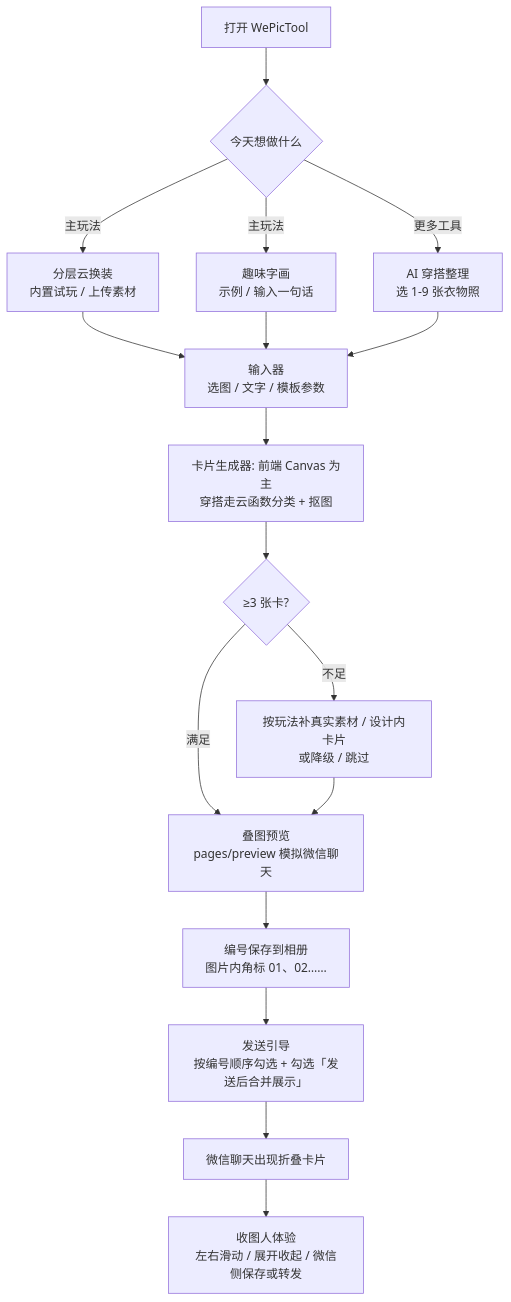
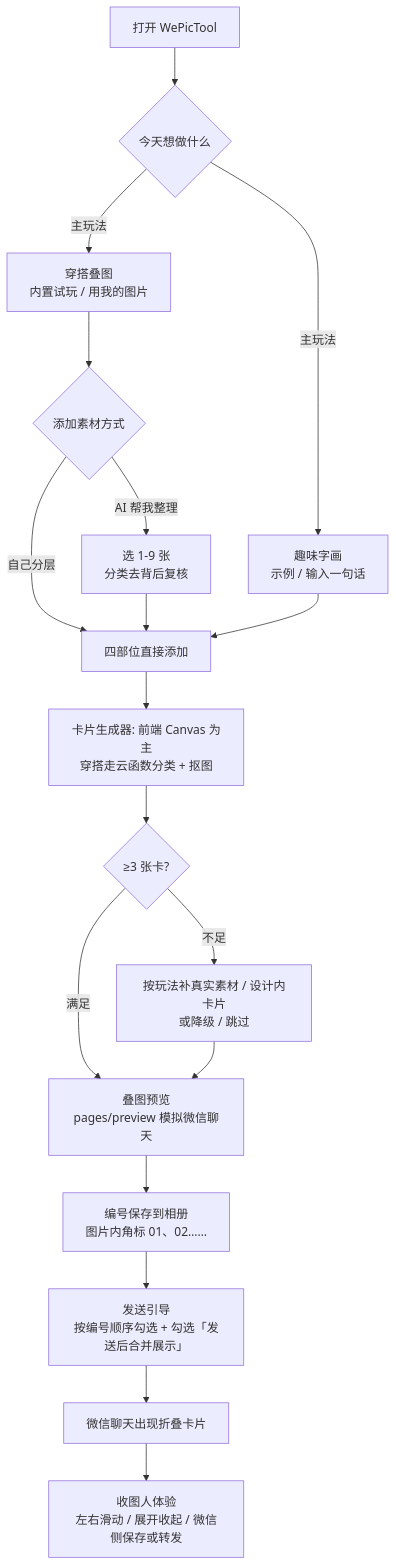
The diagram in docs/product/PLAYBOOK.md (Yiyang0659/WePicTool), drawn with Mermaid before and after one commit. The commit also changed other lines of this file and 25 other files, not shown here.

Commit message:
unify outfit stack creation flow

````diff
--- a/docs/product/PLAYBOOK.md
+++ b/docs/product/PLAYBOOK.md
@@ -75,19 +75,20 @@
 ```mermaid
 flowchart TD
     A[打开 WePicTool] --> B{今天想做什么}
-    B -->|主玩法| C[分层云换装<br/>内置试玩 / 上传素材]
+    B -->|主玩法| C[穿搭叠图<br/>内置试玩 / 用我的图片]
     B -->|主玩法| D[趣味字画<br/>示例 / 输入一句话]
-    B -->|更多工具| E[AI 穿搭整理<br/>选 1-9 张衣物照]
-    C --> F[输入器<br/>选图 / 文字 / 模板参数]
+    C --> E{添加素材方式}
+    E -->|自己分层| F[四部位直接添加]
+    E -->|AI 帮我整理| O[选 1-9 张<br/>分类去背后复核]
+    O --> F
     D --> F
-    E --> F
     F --> G[卡片生成器: 前端 Canvas 为主<br/>穿搭走云函数分类 + 抠图]
     G --> H{≥3 张卡?}
     H -->|不足| I[按玩法补真实素材 / 设计内卡片<br/>或降级 / 跳过]
     H -->|满足| J[叠图预览<br/>pages/preview 模拟微信聊天]
     I --> J
     J --> K[编号保存到相册<br/>图片内角标 01、02……]
     K --> L[发送引导<br/>按编号顺序勾选 + 勾选「发送后合并展示」]
     L --> M[微信聊天出现折叠卡片]
     M --> N[收图人体验<br/>左右滑动 / 展开收起 / 微信侧保存或转发]
 ```
````
